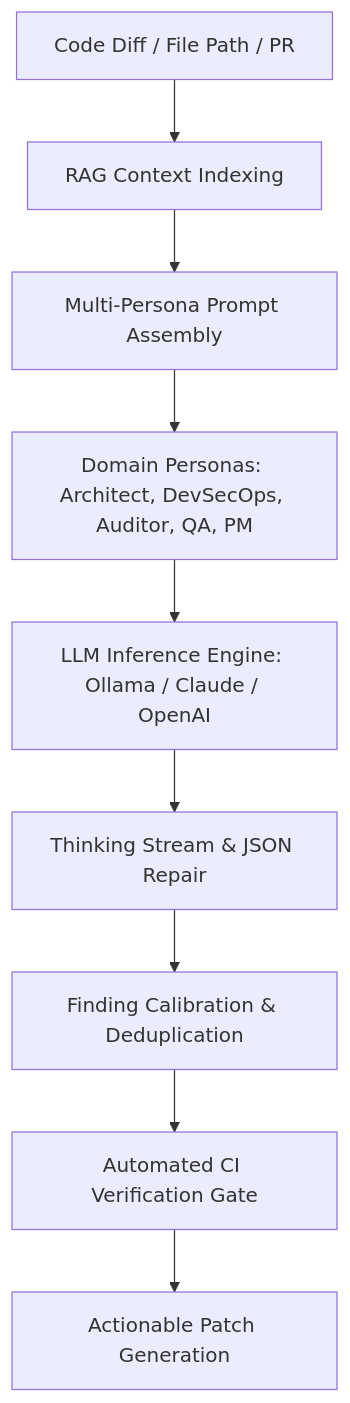
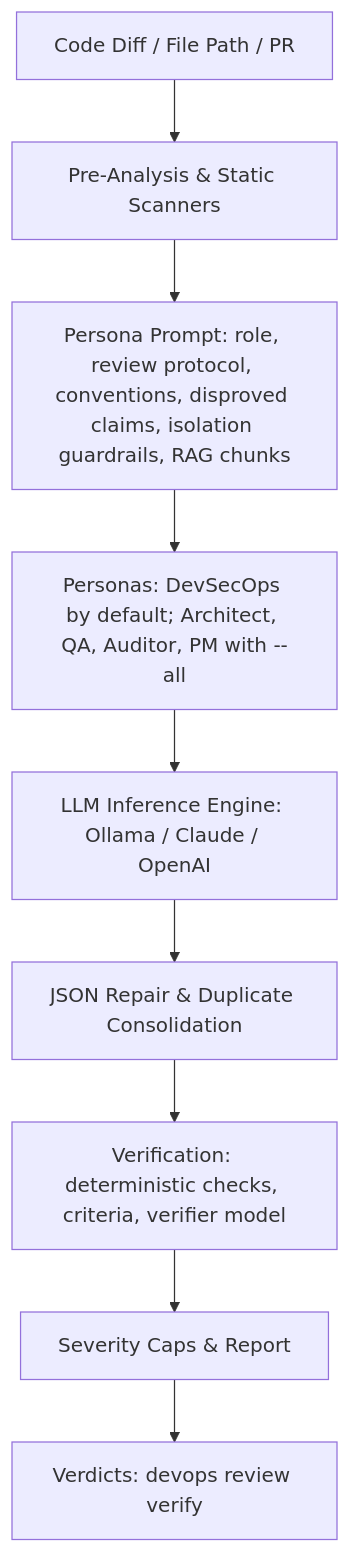
One commit to dan-petty/devops-cli changed the diagram in src/devops_cli/ai/knowledge_base/it_domains/topics/agentic_ai_and_code_reviews.md. Above: the diagram before and after it, drawn with Mermaid. The commit also changed other lines of this file and 608 other files, not shown here.

````diff
--- a/src/devops_cli/ai/knowledge_base/it_domains/topics/agentic_ai_and_code_reviews.md
+++ b/src/devops_cli/ai/knowledge_base/it_domains/topics/agentic_ai_and_code_reviews.md
@@ -7,11 +7,11 @@
 ```mermaid
 graph TD
-    A[Code Diff / File Path / PR] --> B[RAG Context Indexing]
-    B --> C[Multi-Persona Prompt Assembly]
-    C --> D[Domain Personas: Architect, DevSecOps, Auditor, QA, PM]
+    A[Code Diff / File Path / PR] --> B[Pre-Analysis & Static Scanners]
+    B --> C[Persona Prompt: role, review protocol, conventions, disproved claims, isolation guardrails, RAG chunks]
+    C --> D[Personas: DevSecOps by default; Architect, QA, Auditor, PM with --all]
     D --> E[LLM Inference Engine: Ollama / Claude / OpenAI]
-    E --> F[Thinking Stream & JSON Repair]
-    F --> G[Finding Calibration & Deduplication]
-    G --> H[Automated CI Verification Gate]
-    H --> I[Actionable Patch Generation]
+    E --> F[JSON Repair & Duplicate Consolidation]
+    F --> G[Verification: deterministic checks, criteria, verifier model]
+    G --> H[Severity Caps & Report]
+    H --> I[Verdicts: devops review verify]
 ```
````
